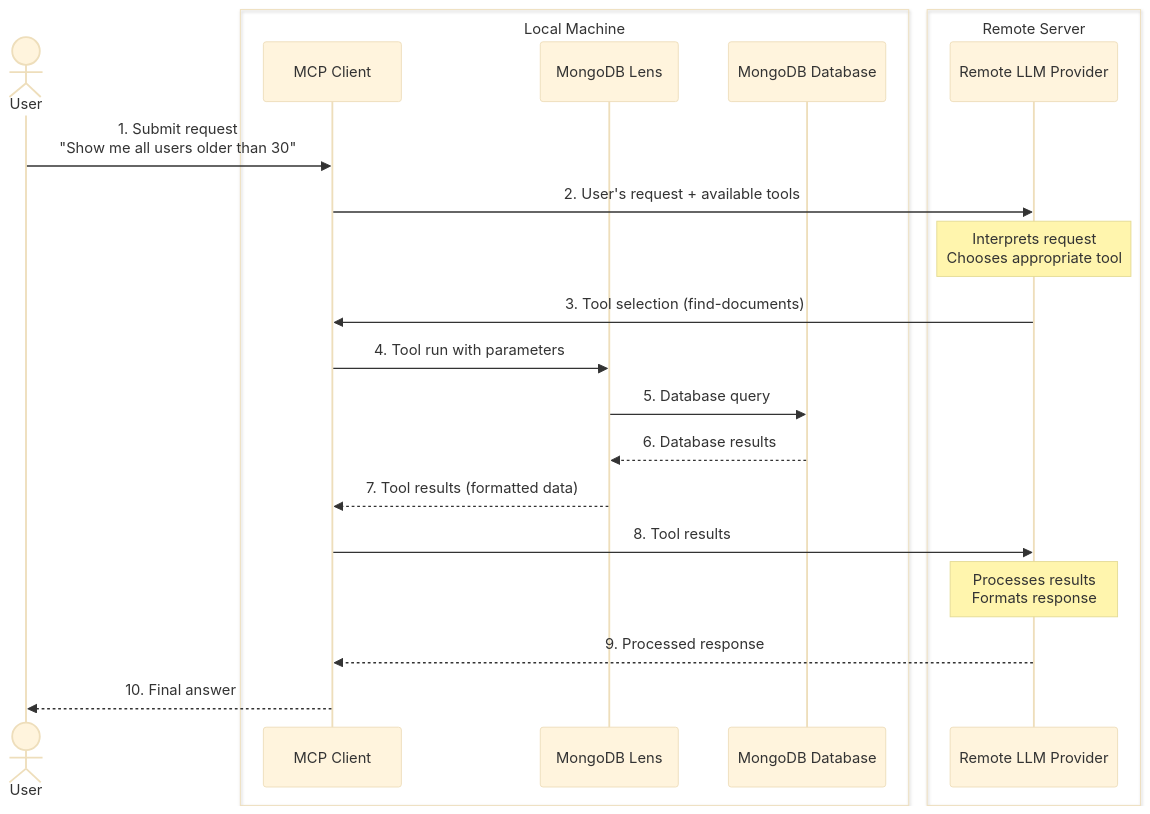
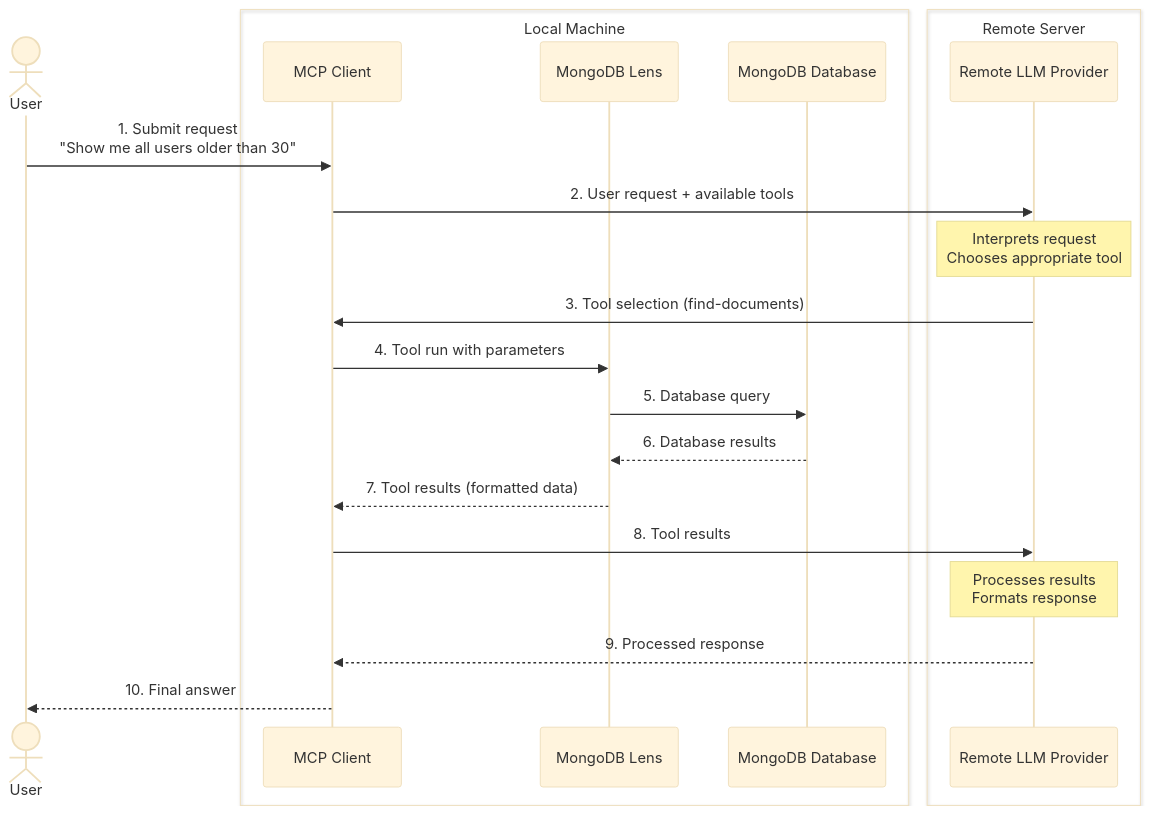
One commit to sparoodata/mongolens_new changed the diagram in README.md. Above: the diagram before and after it, drawn with Mermaid (base theme).

````diff
--- a/README.md
+++ b/README.md
@@ -898,25 +898,25 @@
 ```mermaid
 sequenceDiagram
     actor User
     box Local Machine #d4f1f9
         participant Client as MCP Client
         participant Lens as MongoDB Lens
         participant MongoDB as MongoDB Database
     end
     box Remote Server #ffe6cc
         participant LLM as Remote LLM Provider
     end
 
     User->>Client: 1. Submit request<br>"Show me all users older than 30"
-    Client->>LLM: 2. User's request + available tools
+    Client->>LLM: 2. User request + available tools
     Note over LLM: Interprets request<br>Chooses appropriate tool
     LLM->>Client: 3. Tool selection (find-documents)
     Client->>Lens: 4. Tool run with parameters
     Lens->>MongoDB: 5. Database query
     MongoDB-->>Lens: 6. Database results
     Lens-->>Client: 7. Tool results (formatted data)
     Client->>LLM: 8. Tool results
     Note over LLM: Processes results<br>Formats response
     LLM-->>Client: 9. Processed response
     Client-->>User: 10. Final answer
 ```
````
